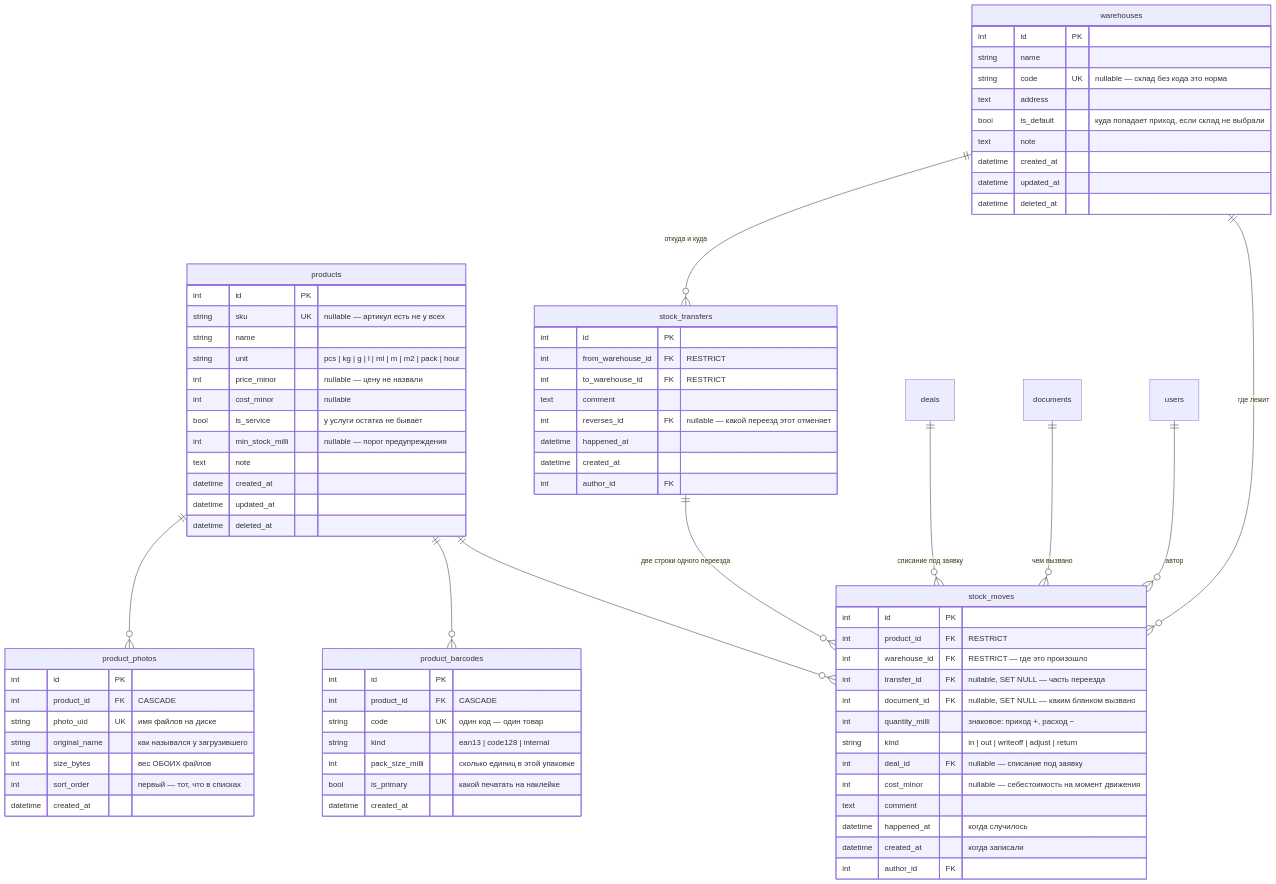
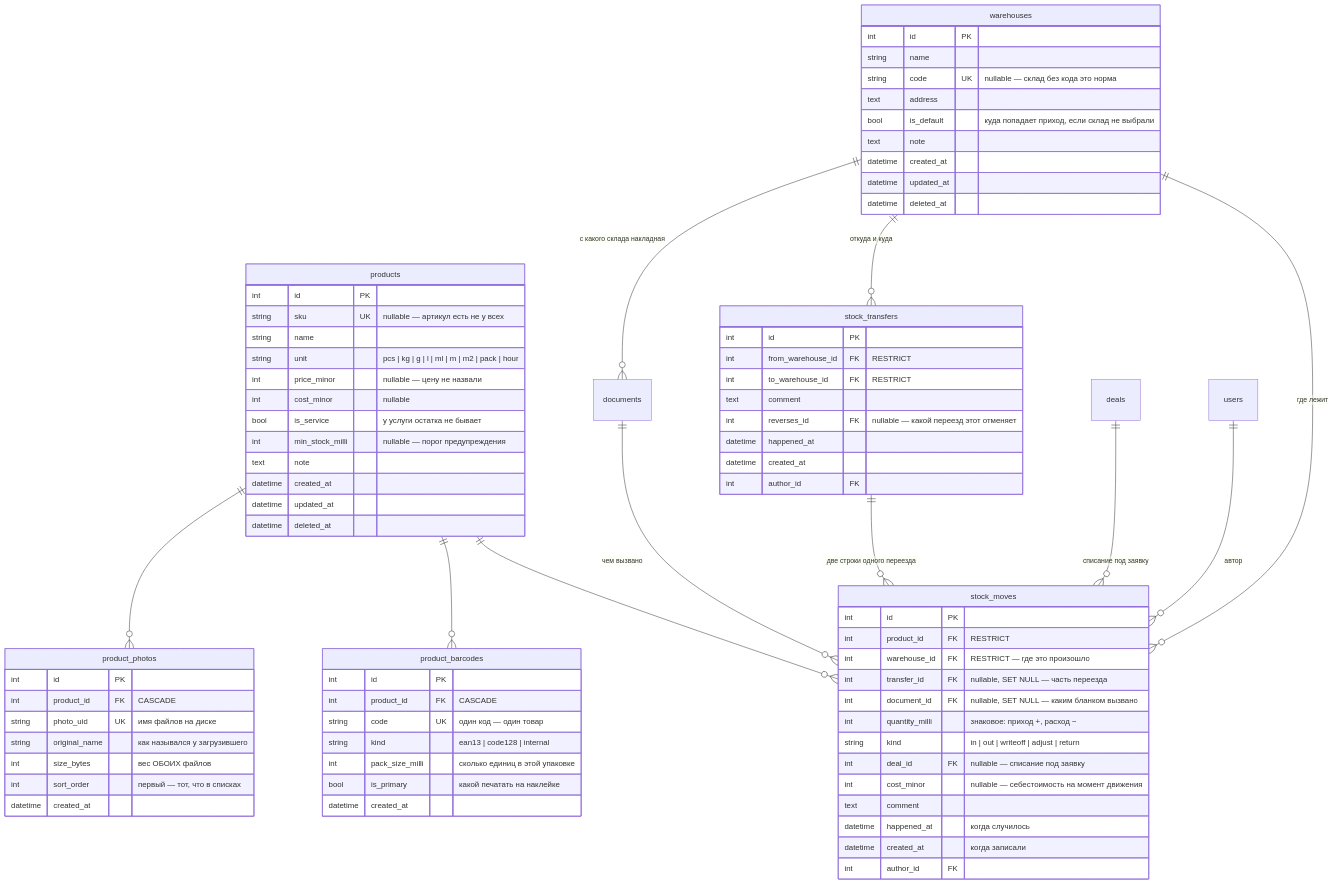
The second of 2 diagrams in docs/03-database.md (DenisHumen/OpenCRM), drawn with Mermaid before and after one commit. The commit also changed other lines of this file and 24 other files, not shown here.

```diff
--- a/docs/03-database.md
+++ b/docs/03-database.md
@@ -282,6 +282,7 @@
     products ||--o{ product_photos : ""
     warehouses ||--o{ stock_moves : "где лежит"
     warehouses ||--o{ stock_transfers : "откуда и куда"
+    warehouses ||--o{ documents : "с какого склада накладная"
     stock_transfers ||--o{ stock_moves : "две строки одного переезда"
     deals ||--o{ stock_moves : "списание под заявку"
     documents ||--o{ stock_moves : "чем вызвано"
```
